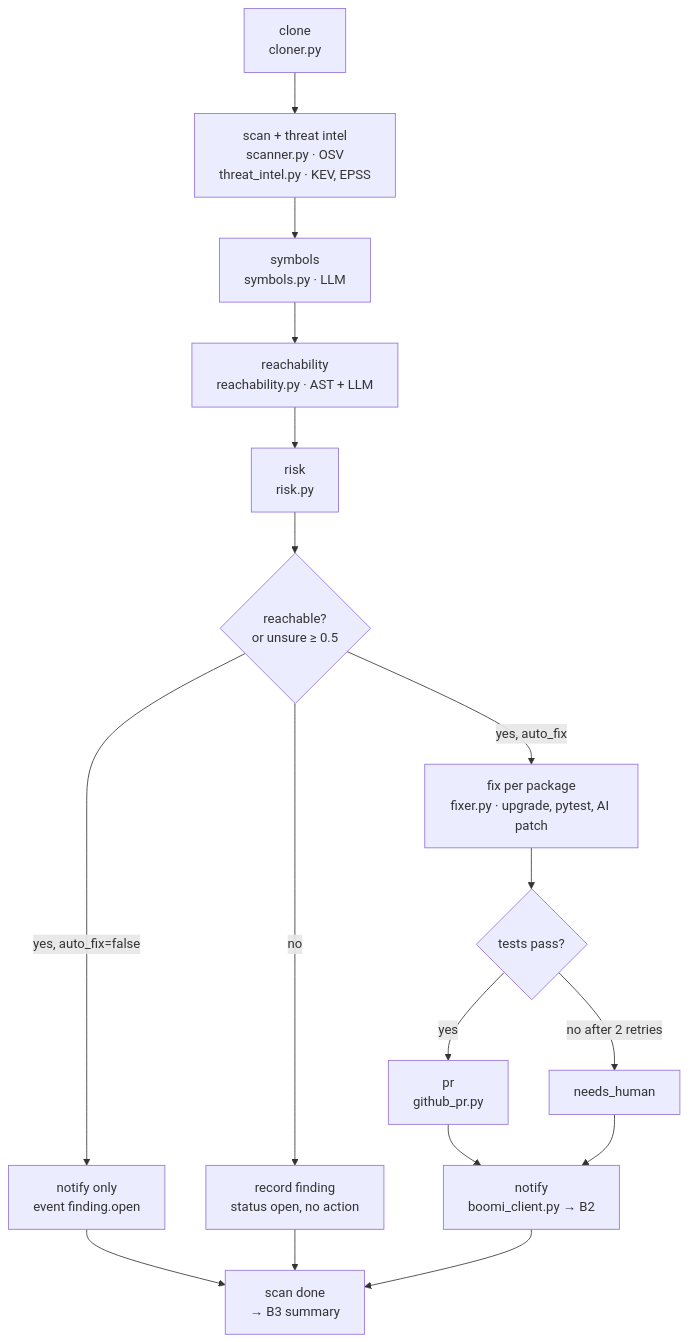
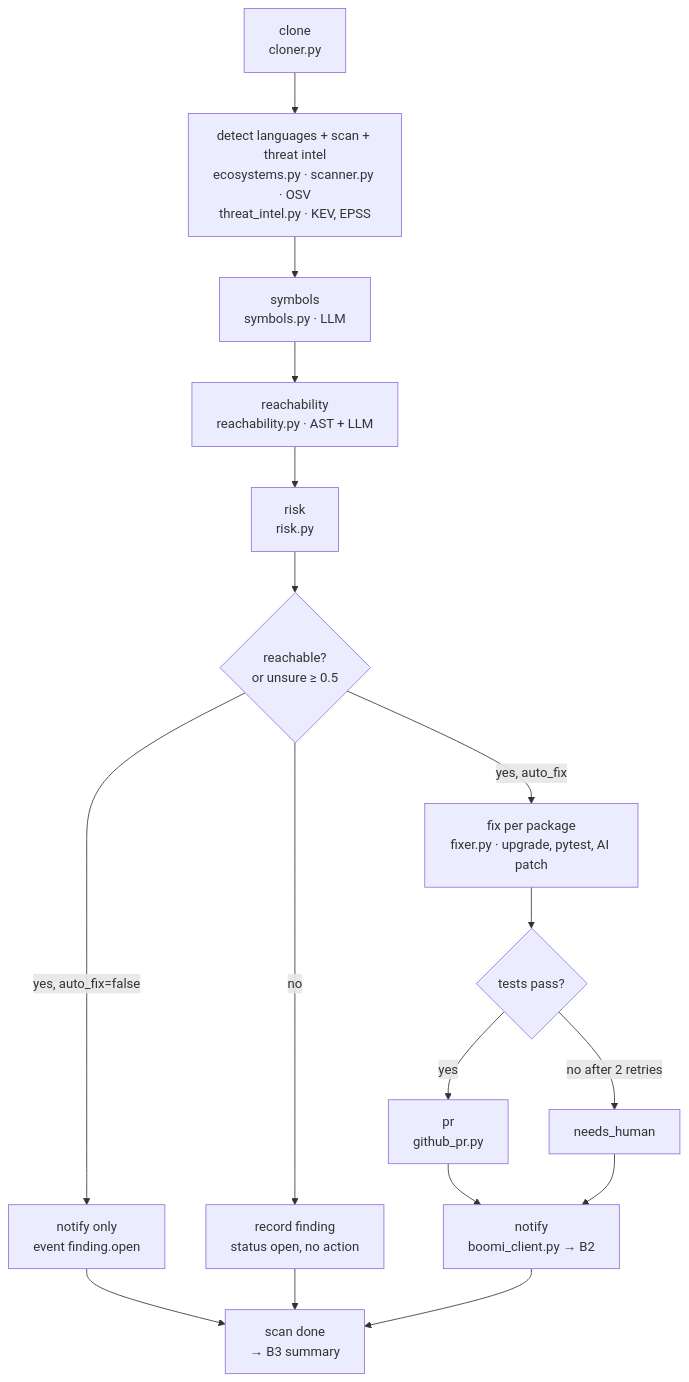
Before and after one commit to BommepalliRoop/patchpilot-dryrun: the second of 11 diagrams in docs/DIAGRAMS.md, drawn with Mermaid. The commit also changed other lines of this file and 26 other files, not shown here.

````diff
--- a/docs/DIAGRAMS.md
+++ b/docs/DIAGRAMS.md
@@ -72,19 +72,19 @@
 ```mermaid
 flowchart TD
-    A[clone<br/>cloner.py] --> B[scan + threat intel<br/>scanner.py · OSV<br/>threat_intel.py · KEV, EPSS]
+    A[clone<br/>cloner.py] --> B[detect languages + scan + threat intel<br/>ecosystems.py · scanner.py · OSV<br/>threat_intel.py · KEV, EPSS]
     B --> C[symbols<br/>symbols.py · LLM]
     C --> D[reachability<br/>reachability.py · AST + LLM]
     D --> E[risk<br/>risk.py]
     E --> G{reachable?<br/>or unsure ≥ 0.5}
     G -- no --> K[record finding<br/>status open, no action]
     G -- yes, auto_fix=false --> O[notify only<br/>event finding.open]
     O --> S
     G -- yes, auto_fix --> F[fix per package<br/>fixer.py · upgrade, pytest, AI patch]
     F --> H{tests pass?}
     H -- yes --> P[pr<br/>github_pr.py]
     H -- no after 2 retries --> N[needs_human]
     P --> Q[notify<br/>boomi_client.py → B2]
     N --> Q
     K --> S
     Q --> S[scan done<br/>→ B3 summary]
 ```
````
